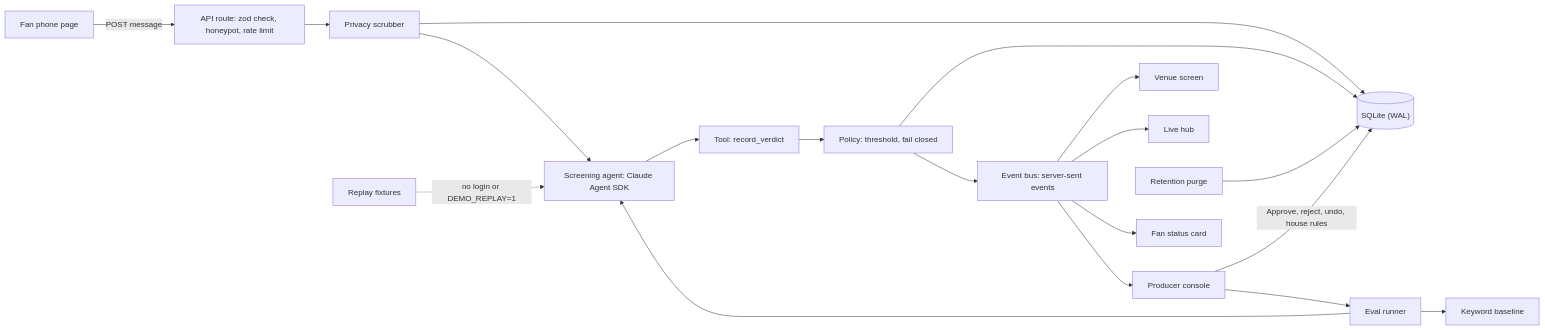
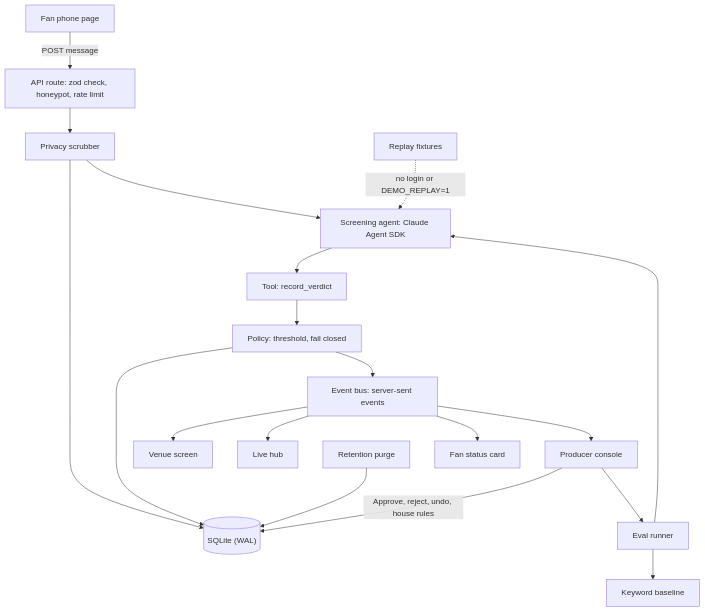
Before and after one commit to ArchiusVuong-sudo/stagewall: the diagram in README.md, drawn with Mermaid.

Commit message:
Draw the architecture diagram top to bottom so its labels stay readable on GitHub

````diff
--- a/README.md
+++ b/README.md
@@ -19,21 +19,21 @@
 ```mermaid
-flowchart LR
+flowchart TB
     Phone["Fan phone page"] -->|"POST message"| Api["API route: zod check, honeypot, rate limit"]
     Api --> Scrub["Privacy scrubber"]
     Scrub --> Db[("SQLite (WAL)")]
     Scrub --> Agent["Screening agent: Claude Agent SDK"]
     Agent --> Tool["Tool: record_verdict"]
     Tool --> Policy["Policy: threshold, fail closed"]
     Replay["Replay fixtures"] -.->|"no login or DEMO_REPLAY=1"| Agent
     Policy --> Db
     Policy --> Bus["Event bus: server-sent events"]
     Bus --> Screen["Venue screen"]
     Bus --> Hub["Live hub"]
     Bus --> Status["Fan status card"]
     Bus --> Console["Producer console"]
     Console -->|"Approve, reject, undo, house rules"| Db
     Console --> Evals["Eval runner"]
     Evals --> Agent
     Evals --> Keyword["Keyword baseline"]
     Purge["Retention purge"] --> Db
 ```
````
